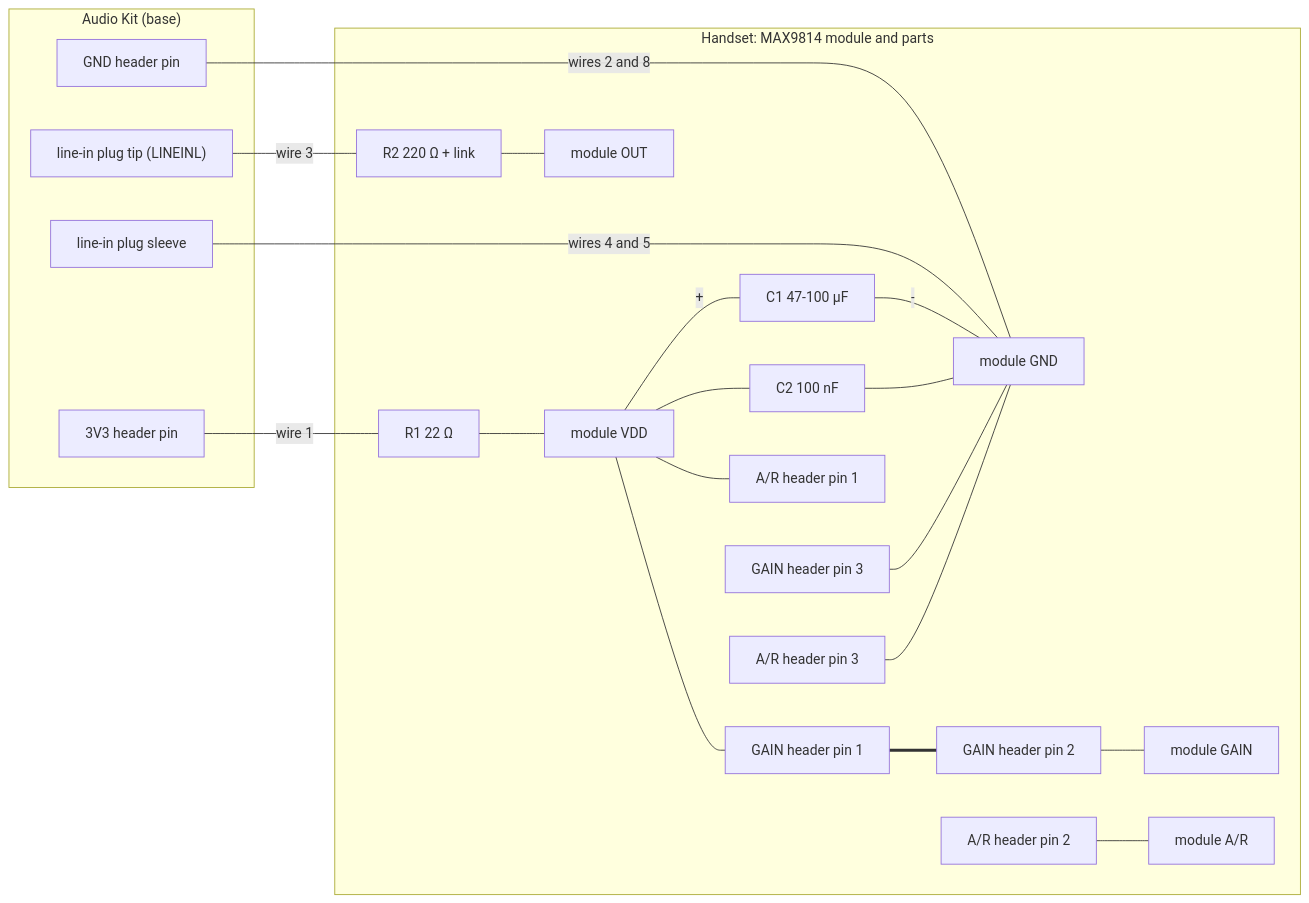
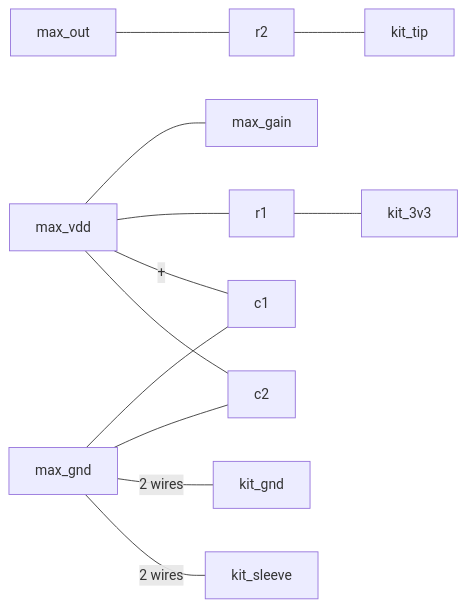
Before and after one commit to rusttick/weeBell_bluetooth: the diagram in doc/initial_design.md, drawn with Mermaid. The commit also changed other lines of this file and 1 other file, not shown here.

````diff
--- a/doc/initial_design.md
+++ b/doc/initial_design.md
@@ -221,50 +211,32 @@
 ```mermaid
 flowchart LR
-  subgraph base["Audio Kit (base)"]
-    kit_3v3["3V3 header pin"]
-    kit_gnd["GND header pin"]
-    kit_tip["line-in plug tip (LINEINL)"]
-    kit_sleeve["line-in plug sleeve"]
-  end
+  max_vdd["max_vdd"]
+  max_gnd["max_gnd"]
+  max_gain["max_gain"]
+  max_out["max_out"]
 
-  subgraph handset["Handset: MAX9814 module and parts"]
-    r1["R1 22 Ω"]
-    r2["R2 220 Ω + link"]
-    c1["C1 47-100 µF"]
-    c2["C2 100 nF"]
+  r1["r1"]
+  r2["r2"]
+  c1["c1"]
+  c2["c2"]
 
-    max_vdd["module VDD"]
-    max_gnd["module GND"]
-    max_gain["module GAIN"]
-    max_ar["module A/R"]
-    max_out["module OUT"]
+  kit_3v3["kit_3v3"]
+  kit_gnd["kit_gnd"]
+  kit_tip["kit_tip"]
+  kit_sleeve["kit_sleeve"]
 
-    gain_1["GAIN header pin 1"]
-    gain_2["GAIN header pin 2"]
-    gain_3["GAIN header pin 3"]
-    ar_1["A/R header pin 1"]
-    ar_2["A/R header pin 2"]
-    ar_3["A/R header pin 3"]
-  end
+  max_vdd --- max_gain
+  max_vdd --- r1
+  max_vdd -- "+" --- c1
+  max_vdd --- c2
 
-  kit_3v3 -- "wire 1" --- r1
-  r1 --- max_vdd
-  kit_gnd -- "wires 2 and 8" --- max_gnd
-  kit_sleeve -- "wires 4 and 5" --- max_gnd
-  kit_tip -- "wire 3" --- r2
-  r2 --- max_out
+  max_gnd --- c1
+  max_gnd --- c2
+  max_gnd -- "2 wires" --- kit_gnd
+  max_gnd -- "2 wires" --- kit_sleeve
 
-  max_vdd -- "+" --- c1
-  c1 -- "-" --- max_gnd
-  max_vdd --- c2
-  c2 --- max_gnd
+  max_out --- r2
 
-  max_vdd --- gain_1
-  gain_1 === gain_2
-  gain_2 --- max_gain
-  gain_3 --- max_gnd
-
-  max_vdd --- ar_1
-  ar_2 --- max_ar
-  ar_3 --- max_gnd
+  r1 --- kit_3v3
+  r2 --- kit_tip
 ```
````
